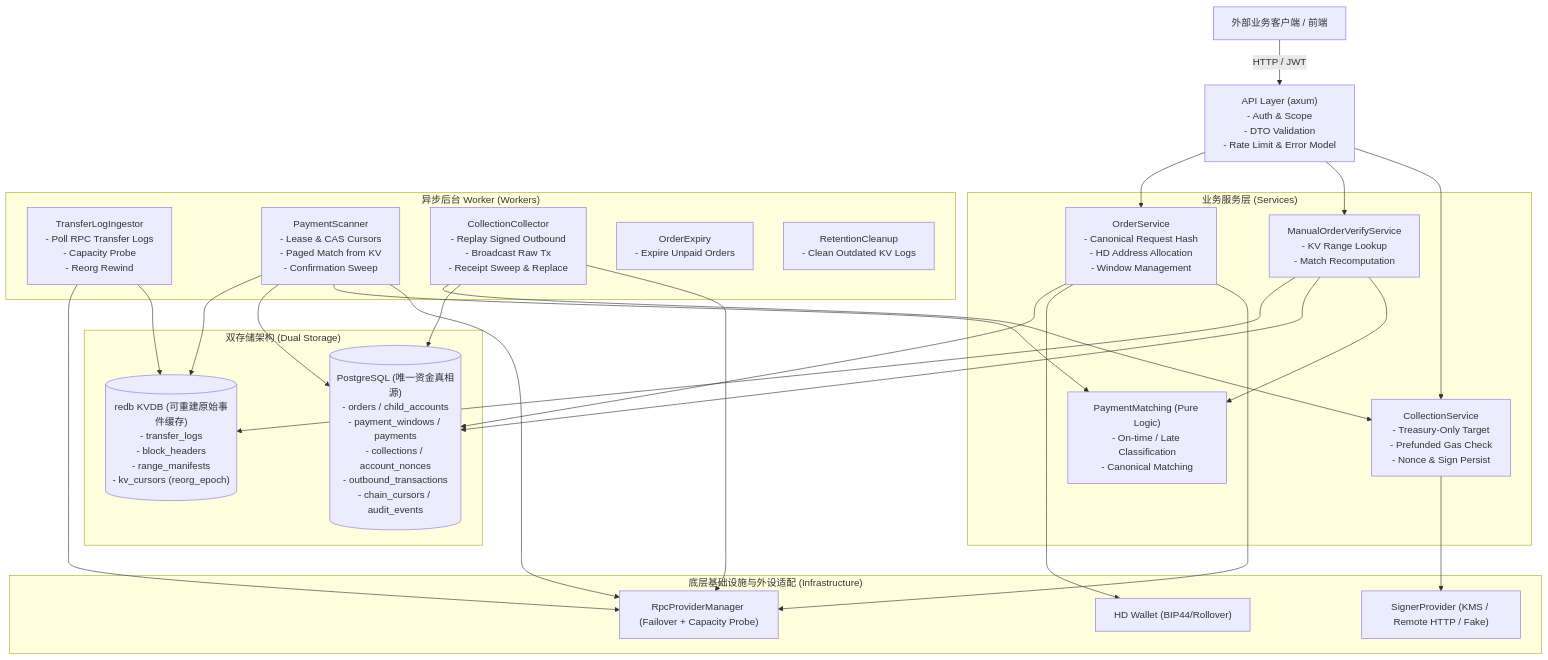
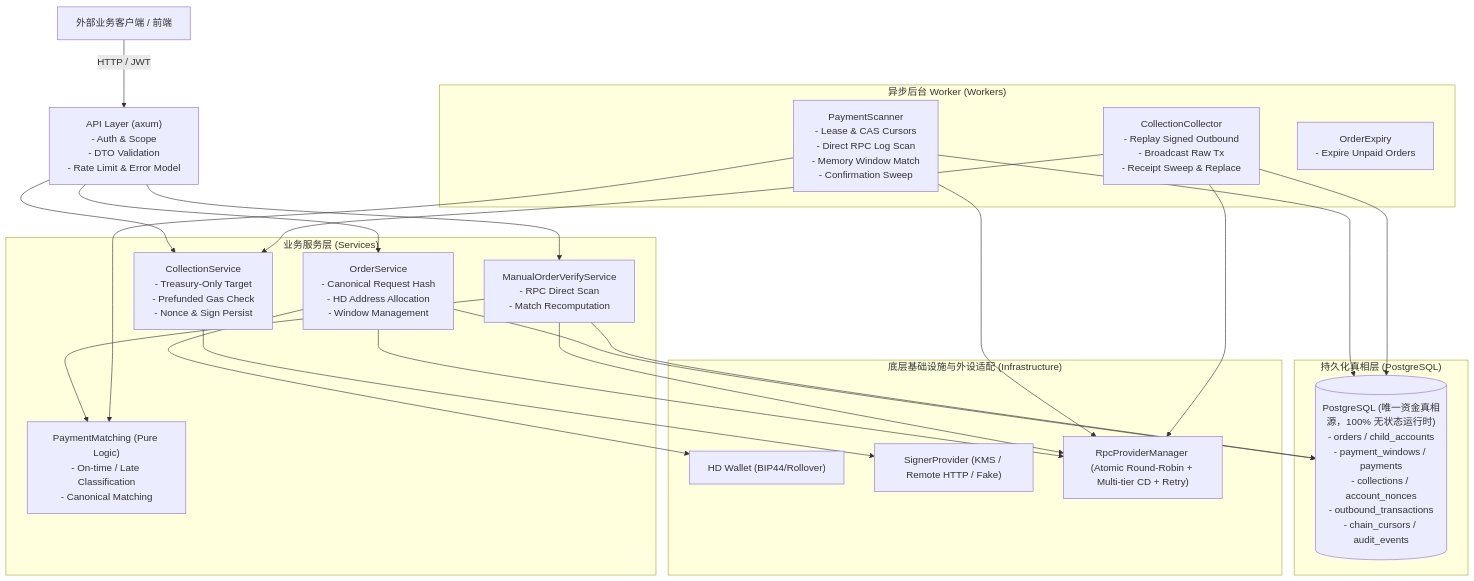
Before and after one commit to xzsean666/pay3: the diagram in docs/AI/ARCHITECTURE.md, drawn with Mermaid. The commit also changed other lines of this file and 22 other files, not shown here.

Commit message:
feat(scanner): replace redb with direct-to-postgres stateless scanner (TASK-026)

````diff
--- a/docs/AI/ARCHITECTURE.md
+++ b/docs/AI/ARCHITECTURE.md
@@ -15,55 +15,48 @@
 ```mermaid
 flowchart TD
     Client["外部业务客户端 / 前端"] -->|HTTP / JWT| ApiLayer["API Layer (axum)\n- Auth & Scope\n- DTO Validation\n- Rate Limit & Error Model"]
 
     subgraph ServiceLayer["业务服务层 (Services)"]
         OrderSvc["OrderService\n- Canonical Request Hash\n- HD Address Allocation\n- Window Management"]
-        VerifySvc["ManualOrderVerifyService\n- KV Range Lookup\n- Match Recomputation"]
+        VerifySvc["ManualOrderVerifyService\n- RPC Direct Scan\n- Match Recomputation"]
         PaymentSvc["PaymentMatching (Pure Logic)\n- On-time / Late Classification\n- Canonical Matching"]
         CollectSvc["CollectionService\n- Treasury-Only Target\n- Prefunded Gas Check\n- Nonce & Sign Persist"]
     end
 
     subgraph WorkerLayer["异步后台 Worker (Workers)"]
-        IngestorLoop["TransferLogIngestor\n- Poll RPC Transfer Logs\n- Capacity Probe\n- Reorg Rewind"]
-        ScannerLoop["PaymentScanner\n- Lease & CAS Cursors\n- Paged Match from KV\n- Confirmation Sweep"]
+        ScannerLoop["PaymentScanner\n- Lease & CAS Cursors\n- Direct RPC Log Scan\n- Memory Window Match\n- Confirmation Sweep"]
         CollectorLoop["CollectionCollector\n- Replay Signed Outbound\n- Broadcast Raw Tx\n- Receipt Sweep & Replace"]
         ExpiryLoop["OrderExpiry\n- Expire Unpaid Orders"]
-        RetentionLoop["RetentionCleanup\n- Clean Outdated KV Logs"]
     end
 
-    subgraph StorageLayer["双存储架构 (Dual Storage)"]
-        Postgres[("PostgreSQL (唯一资金真相源)\n- orders / child_accounts\n- payment_windows / payments\n- collections / account_nonces\n- outbound_transactions\n- chain_cursors / audit_events")]
-        RedbKV[("redb KVDB (可重建原始事件缓存)\n- transfer_logs\n- block_headers\n- range_manifests\n- kv_cursors (reorg_epoch)")]
+    subgraph StorageLayer["持久化真相层 (PostgreSQL)"]
+        Postgres[("PostgreSQL (唯一资金真相源，100% 无状态运行时)\n- orders / child_accounts\n- payment_windows / payments\n- collections / account_nonces\n- outbound_transactions\n- chain_cursors / audit_events")]
     end
 
     subgraph InfraLayer["底层基础设施与外设适配 (Infrastructure)"]
         HDWallet["HD Wallet (BIP44/Rollover)"]
         SignerAdapter["SignerProvider (KMS / Remote HTTP / Fake)"]
-        RpcManager["RpcProviderManager (Failover + Capacity Probe)"]
+        RpcManager["RpcProviderManager (Atomic Round-Robin + Multi-tier CD + Retry)"]
     end
 
     ApiLayer --> OrderSvc
     ApiLayer --> VerifySvc
     ApiLayer --> CollectSvc
 
     OrderSvc --> Postgres
     OrderSvc --> HDWallet
     OrderSvc --> RpcManager
 
-    VerifySvc --> RedbKV
+    VerifySvc --> RpcManager
     VerifySvc --> Postgres
     VerifySvc --> PaymentSvc
 
-    IngestorLoop --> RpcManager
-    IngestorLoop --> RedbKV
-
-    ScannerLoop --> RedbKV
+    ScannerLoop --> RpcManager
     ScannerLoop --> Postgres
     ScannerLoop --> PaymentSvc
-    ScannerLoop --> RpcManager
 
     CollectorLoop --> CollectSvc
     CollectorLoop --> Postgres
     CollectorLoop --> RpcManager
     CollectSvc --> SignerAdapter
 ```
````
